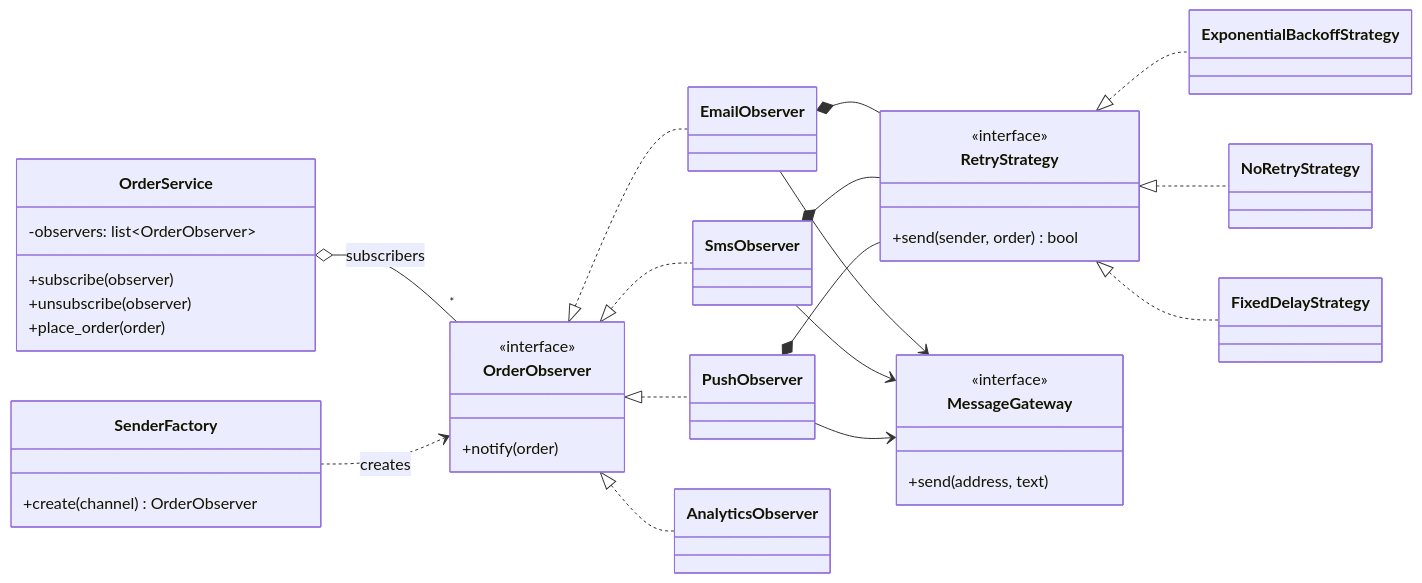
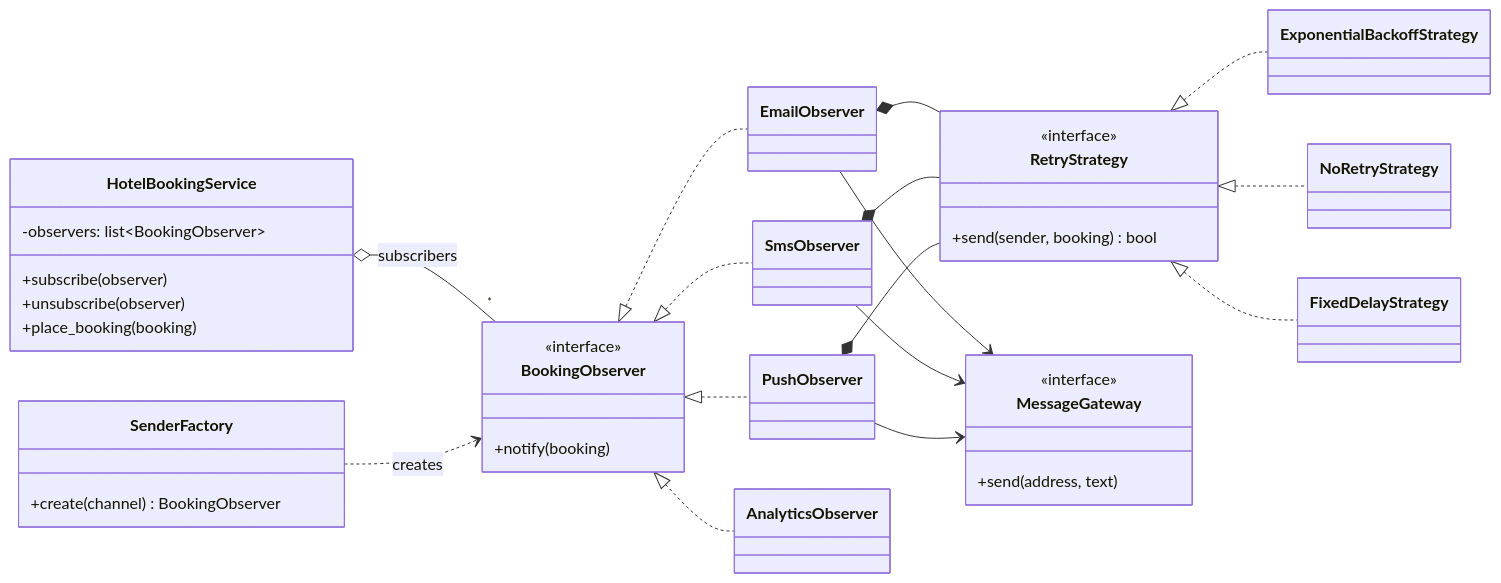
One commit to m8-4-h8/PI changed the diagram in lab2/README.md. Above: the diagram before and after it, drawn with Mermaid. The commit also changed other lines of this file and 18 other files, not shown here.

First line of the commit message:
Lab 2: adapt to variant 1 (HotelBookingService notifications)

````diff
--- a/lab2/README.md
+++ b/lab2/README.md
@@ -108,47 +108,47 @@
 ```mermaid
 classDiagram
     direction LR
 
-    class OrderService {
-        -observers: list~OrderObserver~
+    class HotelBookingService {
+        -observers: list~BookingObserver~
         +subscribe(observer)
         +unsubscribe(observer)
-        +place_order(order)
+        +place_booking(booking)
     }
-    class OrderObserver {
+    class BookingObserver {
         <<interface>>
-        +notify(order)
+        +notify(booking)
     }
     class RetryStrategy {
         <<interface>>
-        +send(sender, order) bool
+        +send(sender, booking) bool
     }
     class MessageGateway {
         <<interface>>
         +send(address, text)
     }
     class SenderFactory {
-        +create(channel) OrderObserver
+        +create(channel) BookingObserver
     }
 
-    OrderService o-- "*" OrderObserver : subscribers
+    HotelBookingService o-- "*" BookingObserver : subscribers
 
-    OrderObserver <|.. EmailObserver
-    OrderObserver <|.. SmsObserver
-    OrderObserver <|.. PushObserver
-    OrderObserver <|.. AnalyticsObserver
+    BookingObserver <|.. EmailObserver
+    BookingObserver <|.. SmsObserver
+    BookingObserver <|.. PushObserver
+    BookingObserver <|.. AnalyticsObserver
 
     RetryStrategy <|.. ExponentialBackoffStrategy
     RetryStrategy <|.. NoRetryStrategy
     RetryStrategy <|.. FixedDelayStrategy
 
     EmailObserver *-- RetryStrategy
     SmsObserver *-- RetryStrategy
     PushObserver *-- RetryStrategy
 
     EmailObserver --> MessageGateway
     SmsObserver --> MessageGateway
     PushObserver --> MessageGateway
 
-    SenderFactory ..> OrderObserver : creates
+    SenderFactory ..> BookingObserver : creates
 ```
````
